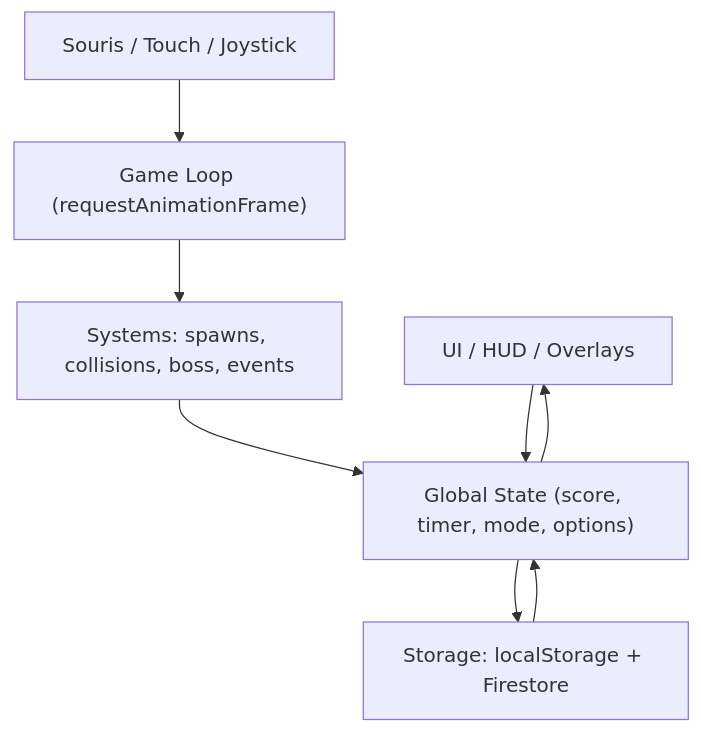
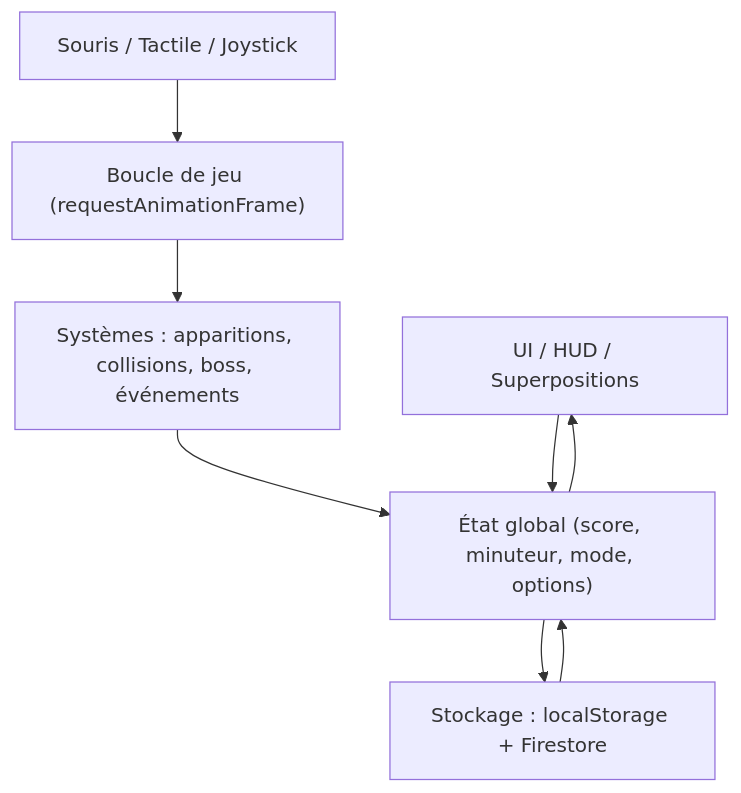
The first of 2 diagrams in README.md (EnzoSCH1/GameFish), drawn with Mermaid before and after one commit.

Commit message:
Ajout diagrammes README

````diff
--- a/README.md
+++ b/README.md
@@ -59,15 +59,15 @@
 ```mermaid
 flowchart TB
-  UI["UI / HUD / Overlays"]
-  Input["Souris / Touch / Joystick"]
-  Engine["Game Loop (requestAnimationFrame)"]
-  Systems["Systems: spawns, collisions, boss, events"]
-  State["Global State (score, timer, mode, options)"]
-  Storage["Storage: localStorage + Firestore"]
+  UI["UI / HUD / Superpositions"]
+  Input["Souris / Tactile / Joystick"]
+  Engine["Boucle de jeu (requestAnimationFrame)"]
+  Systems["Systèmes : apparitions, collisions, boss, événements"]
+  State["État global (score, minuteur, mode, options)"]
+  Storage["Stockage : localStorage + Firestore"]
 
   Input --> Engine --> Systems --> State
   UI --> State
   State --> UI
   State --> Storage
   Storage --> State
 ```
````
